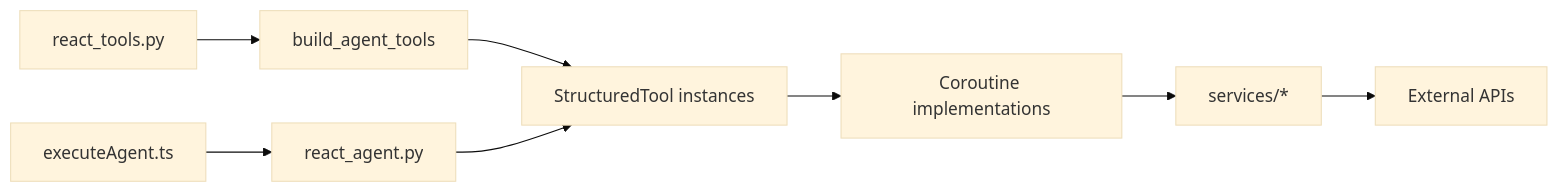
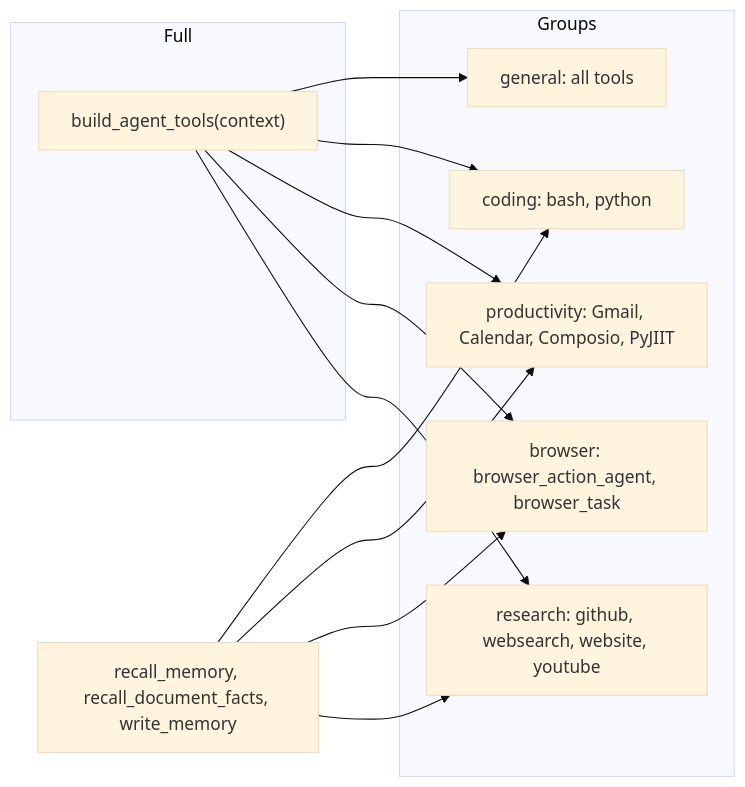
One commit to tashifkhan/tashif.codes changed the fifth of 5 diagrams in src/data/docs/agentic-browser/Tool System/Tool Architecture and Design.md. Above: the diagram before and after it, drawn with Mermaid (base theme). The commit also changed other lines of this file and 114 other files, not shown here.

````diff
--- a/src/data/docs/agentic-browser/Tool System/Tool Architecture and Design.md
+++ b/src/data/docs/agentic-browser/Tool System/Tool Architecture and Design.md
@@ -235,10 +178,22 @@
 ```mermaid
 graph LR
-RT["react_tools.py"] --> RTB["build_agent_tools"]
-RTB --> SA["StructuredTool instances"]
-SA --> Cor["Coroutine implementations"]
-Cor --> Svc["services/*"]
-Svc --> Ext["External APIs"]
-RA["react_agent.py"] --> SA
-EAT["executeAgent.ts"] --> RA
+  subgraph Full
+    List["build_agent_tools(context)"]
+  end
+  subgraph Groups
+    R["research: github, websearch, website, youtube"]
+    B["browser: browser_action_agent, browser_task"]
+    P["productivity: Gmail, Calendar, Composio, PyJIIT"]
+    C["coding: bash, python"]
+    G["general: all tools"]
+  end
+  List --> R
+  List --> B
+  List --> P
+  List --> C
+  List --> G
+  Mem["recall_memory, recall_document_facts, write_memory"] --> R
+  Mem --> B
+  Mem --> P
+  Mem --> C
 ```
````
